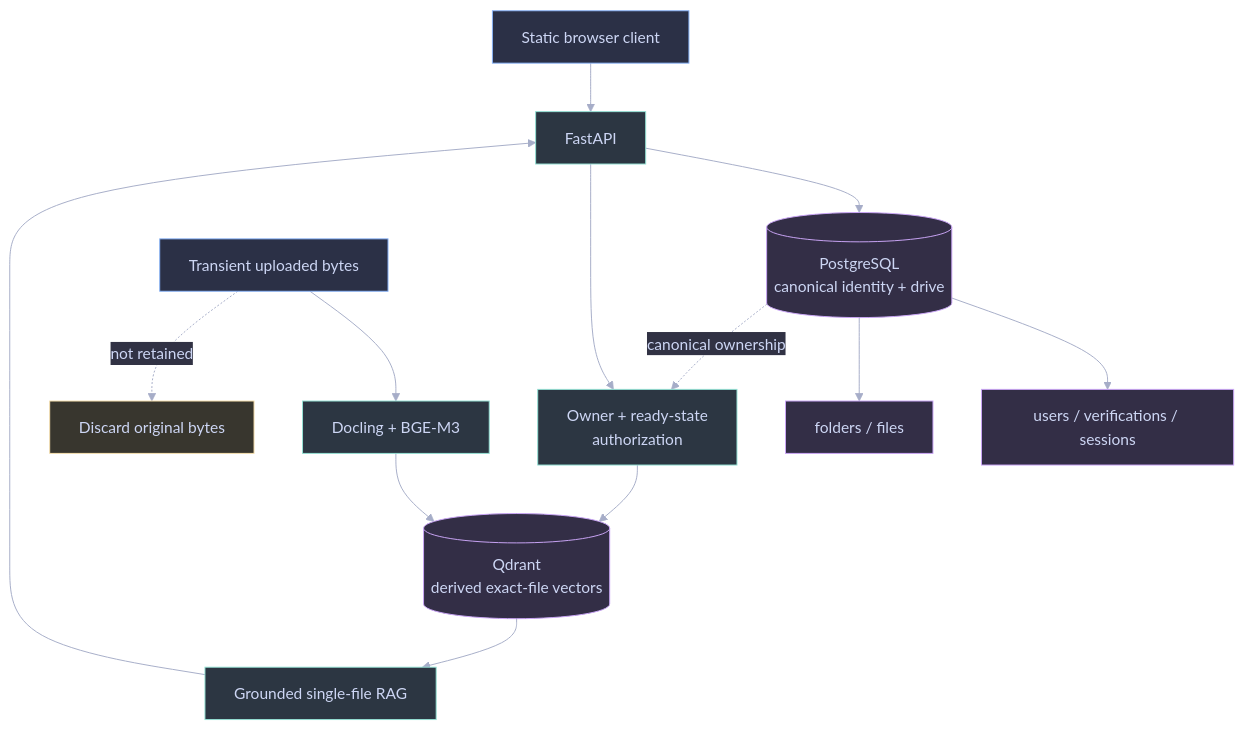
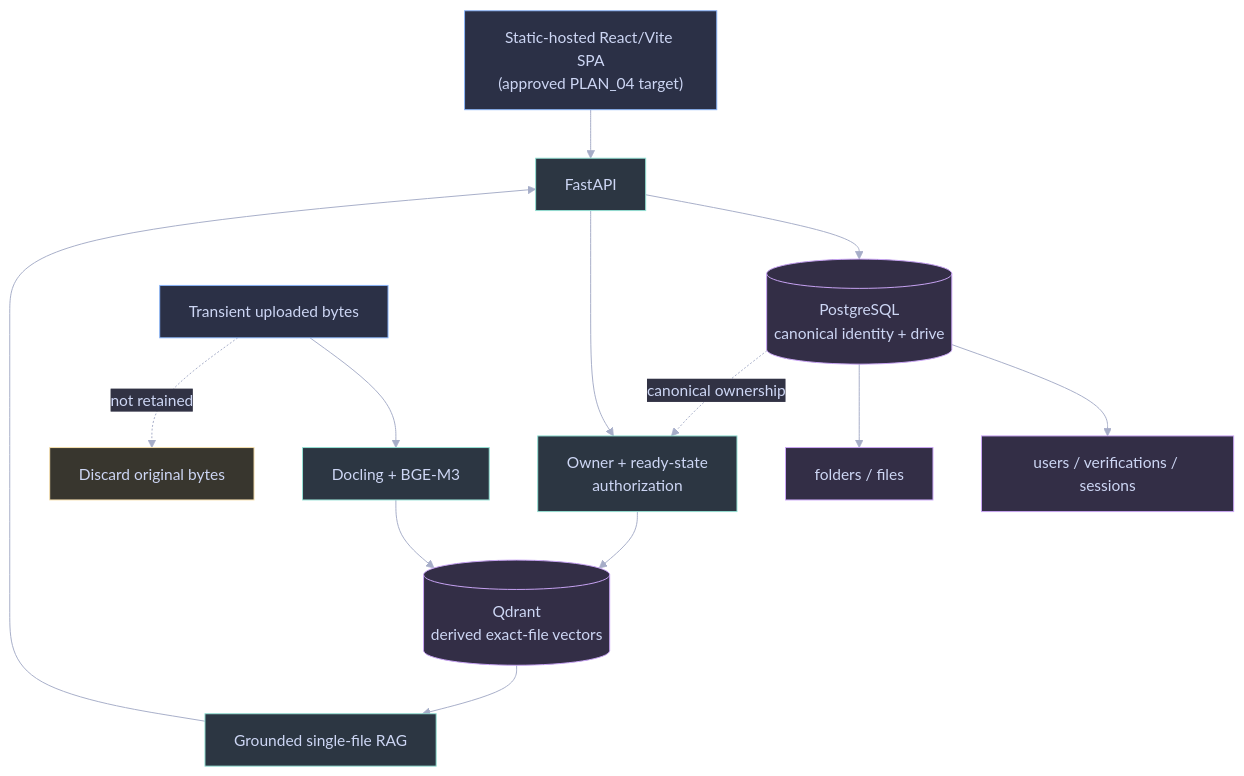
Before and after one commit to RyxnDmello/atlas: the second of 6 diagrams in prompts/PHASE_02/PHASE_02.md, drawn with Mermaid. The commit also changed other lines of this file and 90 other files, not shown here.

First line of the commit message:
feat(client, router): complete Vite migration and retire legacy client

````diff
--- a/prompts/PHASE_02/PHASE_02.md
+++ b/prompts/PHASE_02/PHASE_02.md
@@ -146,27 +153,27 @@
 ```mermaid
 %%{init: {'theme': 'base', 'themeVariables': {'background': '#1e1e2e', 'primaryColor': '#45475a', 'primaryTextColor': '#cdd6f4', 'primaryBorderColor': '#89b4fa', 'lineColor': '#a6adc8', 'secondaryColor': '#313244', 'tertiaryColor': '#181825', 'fontFamily': 'Inter, sans-serif'}}}%%
 flowchart TB
-    Browser["Static browser client"] --> API["FastAPI"]
+    Browser["Static-hosted React/Vite SPA<br/>(approved PLAN_04 target)"] --> API["FastAPI"]
     API --> PG[("PostgreSQL<br/>canonical identity + drive")]
     PG --> Users["users / verifications / sessions"]
     PG --> Files["folders / files"]
     API --> Gate["Owner + ready-state<br/>authorization"]
     PG -. "canonical ownership" .-> Gate
     Gate --> Q[("Qdrant<br/>derived exact-file vectors")]
     Q --> RAG["Grounded single-file RAG"]
     RAG --> API
     Upload["Transient uploaded bytes"] --> Parse["Docling + BGE-M3"]
     Parse --> Q
     Upload -. "not retained" .-> Discard["Discard original bytes"]
     class Browser,Upload client;
     class API,Gate,Parse,RAG service;
     class PG,Users,Files,Q storage;
     class Discard caution;
     classDef client fill:#2b3046,stroke:#89b4fa,stroke-width:1px,color:#cdd6f4;
     classDef service fill:#2c3642,stroke:#94e2d5,stroke-width:1px,color:#cdd6f4;
     classDef storage fill:#332e46,stroke:#cba6f7,stroke-width:1px,color:#cdd6f4;
     classDef verified fill:#2e363c,stroke:#a6e3a1,stroke-width:1px,color:#cdd6f4;
     classDef planned fill:#30323f,stroke:#b4befe,stroke-width:1px,color:#cdd6f4;
     classDef caution fill:#38362e,stroke:#f9e2af,stroke-width:1px,color:#cdd6f4;
     classDef denied fill:#39303d,stroke:#f38ba8,stroke-width:1px,color:#cdd6f4;
 ```
````
